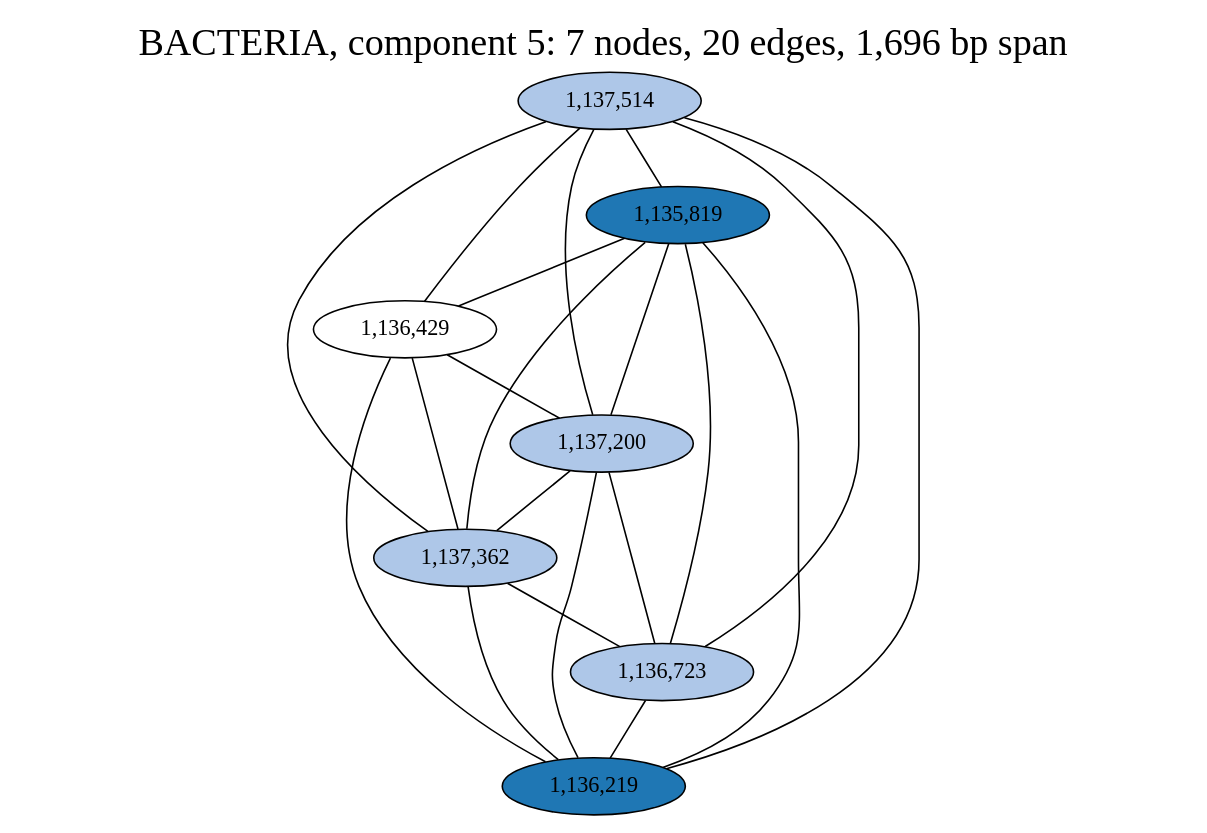
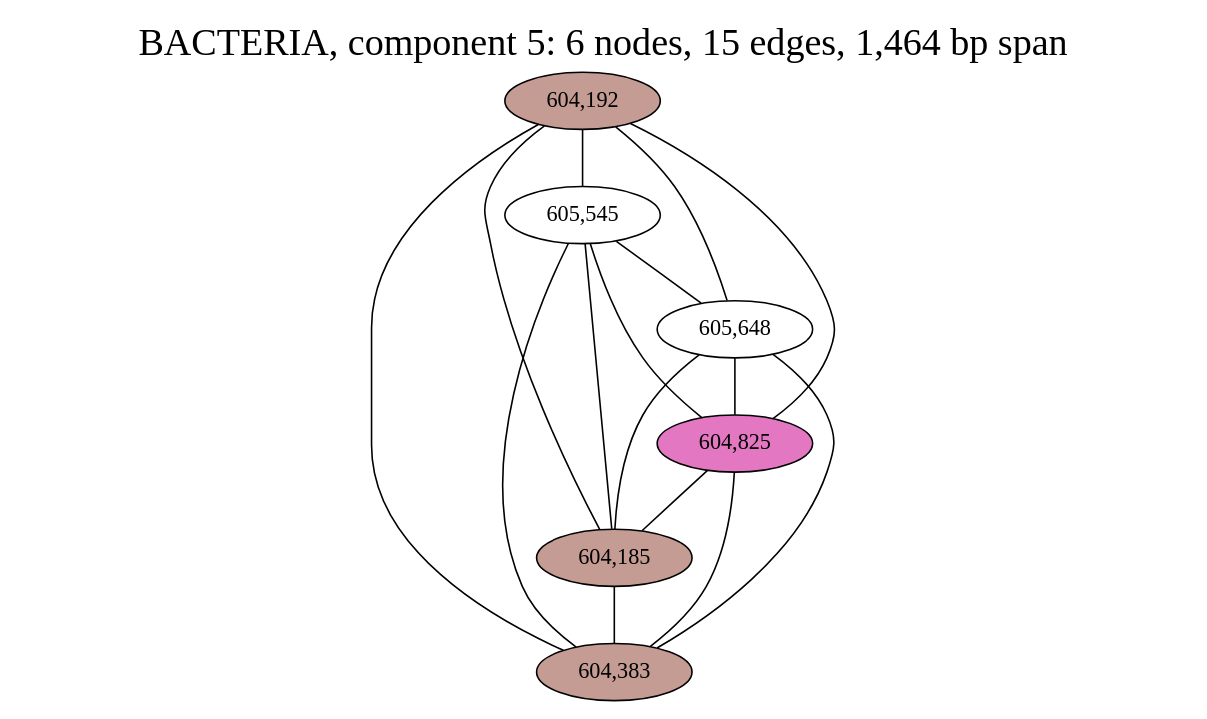
The diagram in notebooks/graphs/BACTERIA_cc5.gv (fedarko/sheepgut), drawn with Graphviz before and after one commit. The commit also changed 52 other files, not shown here.

```diff
--- a/notebooks/graphs/BACTERIA_cc5.gv
+++ b/notebooks/graphs/BACTERIA_cc5.gv
@@ -1,34 +1,28 @@
 graph BACTERIA_cc5 {
 	overlap="prism50";
 	outputorder="edgesfirst";
-	label="BACTERIA, component 5: 7 nodes, 20 edges, 1,696 bp span";
+	label="BACTERIA, component 5: 6 nodes, 15 edges, 1,464 bp span";
 	labelloc="t";
 	fontsize=24;
-	"1,137,514" [style="filled", fillcolor="#aec7e8", fontcolor="#000000"];
-	"1,135,819" [style="filled", fillcolor="#1f77b4", fontcolor="#000000"];
-	"1,136,429" [style="filled", fillcolor="#ffffff", fontcolor="#000000"];
-	"1,137,200" [style="filled", fillcolor="#aec7e8", fontcolor="#000000"];
-	"1,137,362" [style="filled", fillcolor="#aec7e8", fontcolor="#000000"];
-	"1,136,723" [style="filled", fillcolor="#aec7e8", fontcolor="#000000"];
-	"1,136,219" [style="filled", fillcolor="#1f77b4", fontcolor="#000000"];
-	"1,137,514" -- "1,135,819";
-	"1,137,514" -- "1,136,219";
-	"1,137,514" -- "1,136,429";
-	"1,137,514" -- "1,136,723";
-	"1,137,514" -- "1,137,200";
-	"1,137,514" -- "1,137,362";
-	"1,135,819" -- "1,136,219";
-	"1,135,819" -- "1,136,429";
-	"1,135,819" -- "1,136,723";
-	"1,135,819" -- "1,137,200";
-	"1,135,819" -- "1,137,362";
-	"1,136,429" -- "1,136,219";
-	"1,136,429" -- "1,137,200";
-	"1,136,429" -- "1,137,362";
-	"1,137,200" -- "1,136,219";
-	"1,137,200" -- "1,136,723";
-	"1,137,200" -- "1,137,362";
-	"1,137,362" -- "1,136,219";
-	"1,137,362" -- "1,136,723";
-	"1,136,723" -- "1,136,219";
+	"604,192" [style="filled", fillcolor="#c49c94", fontcolor="#000000"];
+	"605,545" [style="filled", fillcolor="#ffffff", fontcolor="#000000"];
+	"605,648" [style="filled", fillcolor="#ffffff", fontcolor="#000000"];
+	"604,825" [style="filled", fillcolor="#e377c2", fontcolor="#000000"];
+	"604,185" [style="filled", fillcolor="#c49c94", fontcolor="#000000"];
+	"604,383" [style="filled", fillcolor="#c49c94", fontcolor="#000000"];
+	"604,192" -- "604,185";
+	"604,192" -- "604,383";
+	"604,192" -- "604,825";
+	"604,192" -- "605,545";
+	"604,192" -- "605,648";
+	"605,545" -- "604,185";
+	"605,545" -- "604,383";
+	"605,545" -- "604,825";
+	"605,545" -- "605,648";
+	"605,648" -- "604,185";
+	"605,648" -- "604,383";
+	"605,648" -- "604,825";
+	"604,825" -- "604,185";
+	"604,825" -- "604,383";
+	"604,185" -- "604,383";
 }
```
